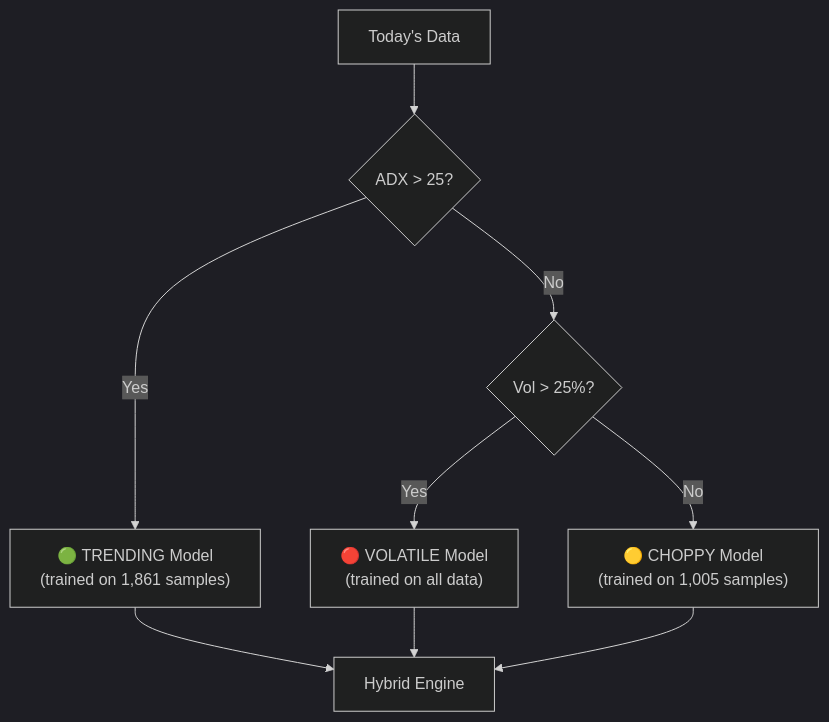
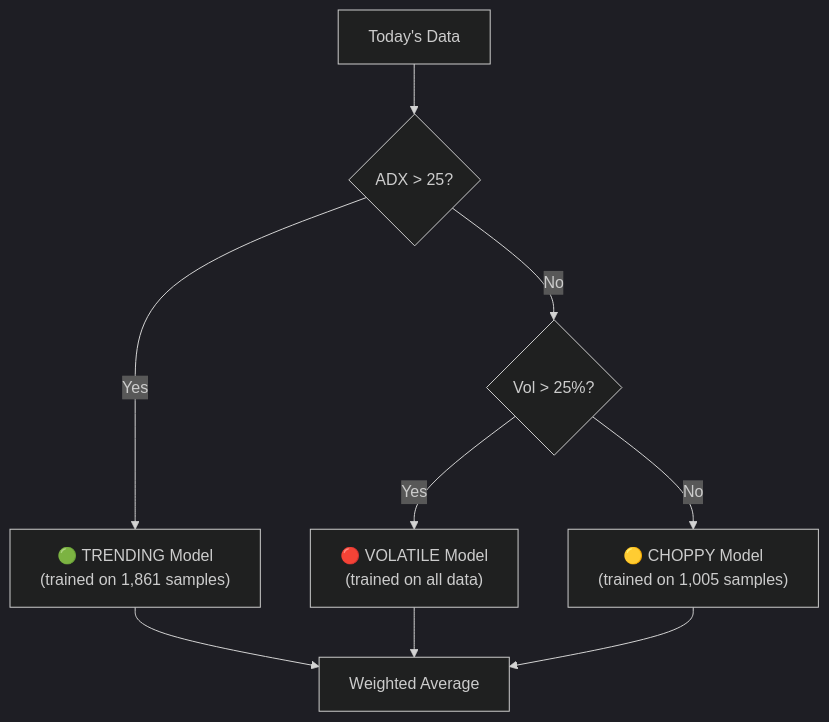
The sixth of 7 diagrams in README.md (pravindev666/David-ML-Scanner-V2), drawn with Mermaid (dark theme) before and after one commit. The commit also changed other lines of this file and 26 other files, not shown here.

````diff
--- a/README.md
+++ b/README.md
@@ -248,12 +249,12 @@
 ```mermaid
 flowchart TD
     INPUT["Today's Data"] --> CHECK{"ADX > 25?"}
     CHECK -->|Yes| TREND["🟢 TRENDING Model\n(trained on 1,861 samples)"]
     CHECK -->|No| VOL{"Vol > 25%?"}
     VOL -->|Yes| VOLATILE["🔴 VOLATILE Model\n(trained on all data)"]
     VOL -->|No| CHOPPY["🟡 CHOPPY Model\n(trained on 1,005 samples)"]
     
-    TREND --> MERGE["Hybrid Engine"]
+    TREND --> MERGE["Weighted Average"]
     VOLATILE --> MERGE
     CHOPPY --> MERGE
 ```
````
